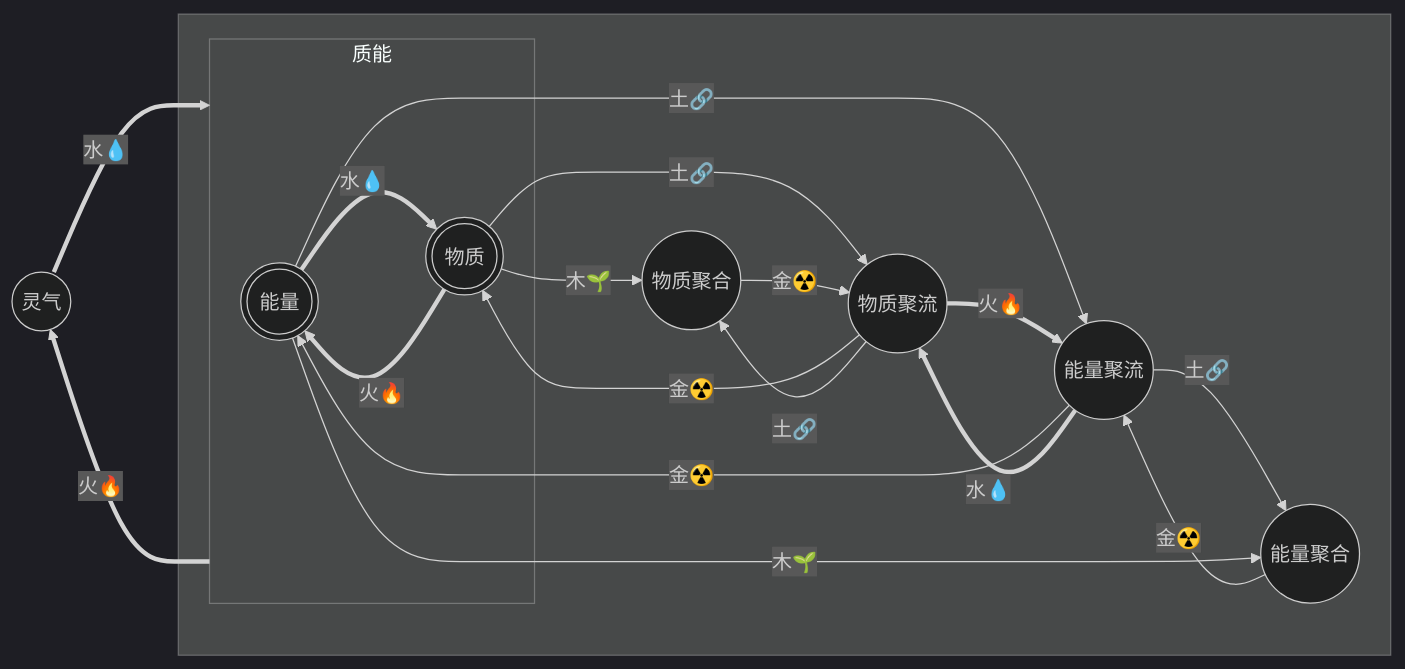
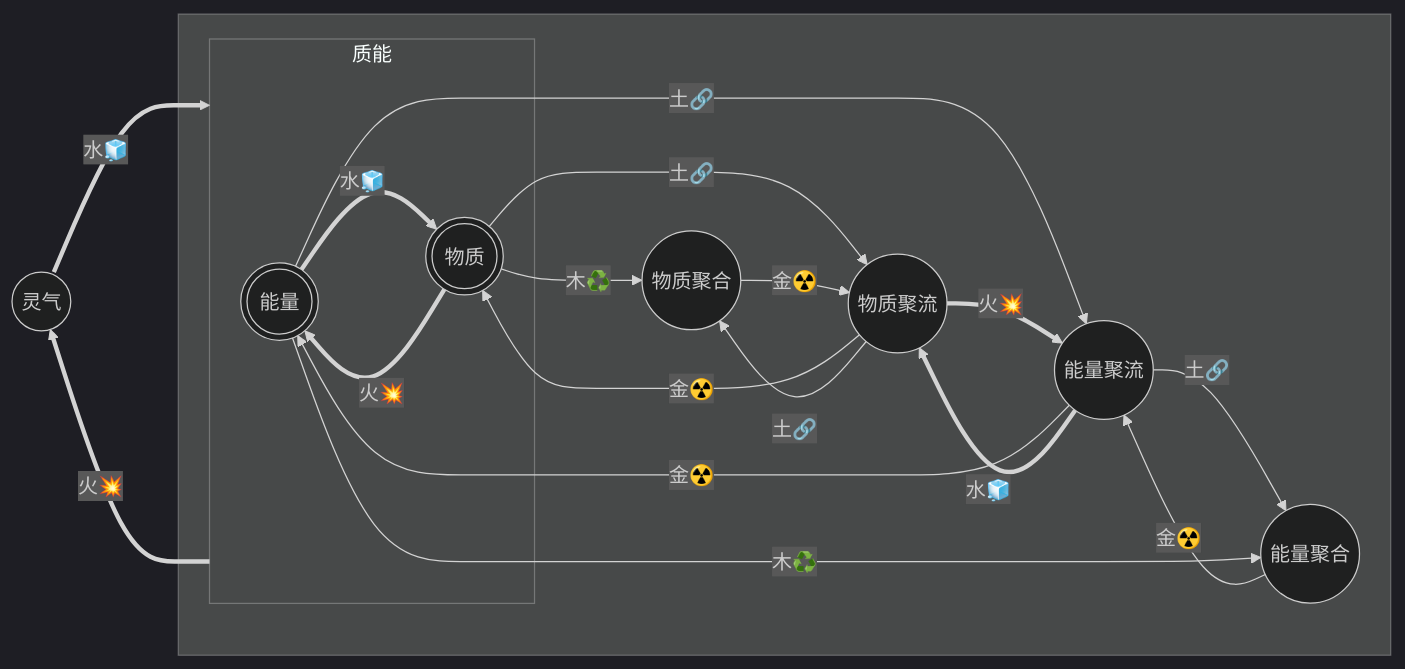
Diagram 18 of 42 in 015-不凡惊悟/readme.md (ChenyangGao/adventures-of-super-ye), drawn with Mermaid (dark theme) before and after one commit. The commit also changed other lines of this file and 135 other files, not shown here.

````diff
--- a/015-不凡惊悟/readme.md
+++ b/015-不凡惊悟/readme.md
@@ -610,32 +665,32 @@
 ```mermaid
 graph LR
     X((灵气))
 
     subgraph M [" "]
         subgraph Y [质能]
             A(((能量)))  
             B(((物质)))  
         end  
         C((能量聚流))  
         D((能量聚合))  
         E((物质聚合))  
         F((物质聚流))  
     end  
 
-    Y ==> |火🔥|X  
-    X ==> |水💧|Y  
-    A ==> |水💧|B  
-    B ==> |火🔥|A  
+    Y ==> |火💥|X  
+    X ==> |水🧊|Y  
+    A ==> |水🧊|B  
+    B ==> |火💥|A  
     A --> |土🔗|C  
     C --> |金☢️|A  
     C --> |土🔗|D  
     D --> |金☢️|C  
-    A --> |木🌱|D  
-    B --> |木🌱|E  
-    F ==> |火🔥|C  
-    C ==> |水💧|F  
+    A --> |木♻️|D  
+    B --> |木♻️|E  
+    F ==> |火💥|C  
+    C ==> |水🧊|F  
     B --> |土🔗|F  
     F --> |金☢️|B  
     F --> |土🔗|E  
     E --> |金☢️|F  
 ```  
````
